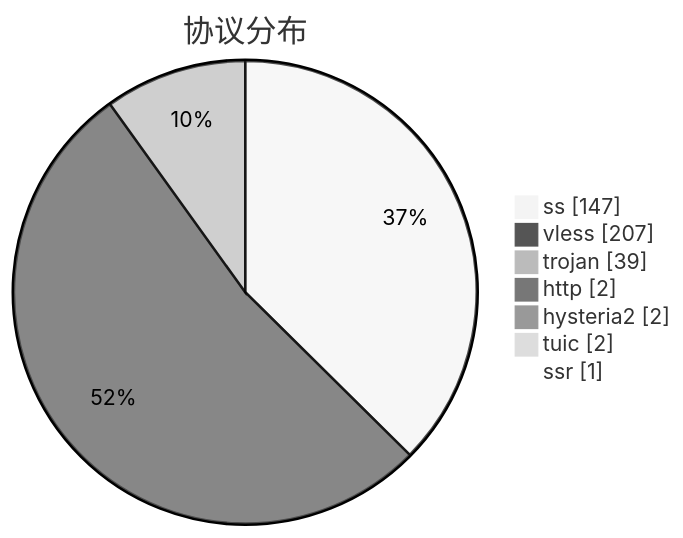
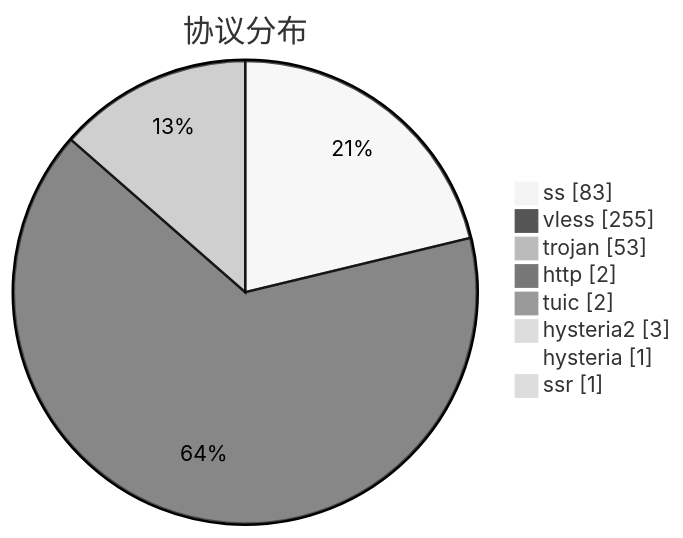
Before and after one commit to qjlxg/airport: the third of 3 diagrams in subs/statistics/tested_within.md, drawn with Mermaid (neutral theme). The commit also changed other lines of this file and 2 other files, not shown here.

````diff
--- a/subs/statistics/tested_within.md
+++ b/subs/statistics/tested_within.md
@@ -33,11 +33,12 @@
 ```mermaid
 pie showData
 title 协议分布
-"ss" : 147
-"vless" : 207
-"trojan" : 39
+"ss" : 83
+"vless" : 255
+"trojan" : 53
 "http" : 2
-"hysteria2" : 2
 "tuic" : 2
+"hysteria2" : 3
+"hysteria" : 1
 "ssr" : 1
 ```
````
